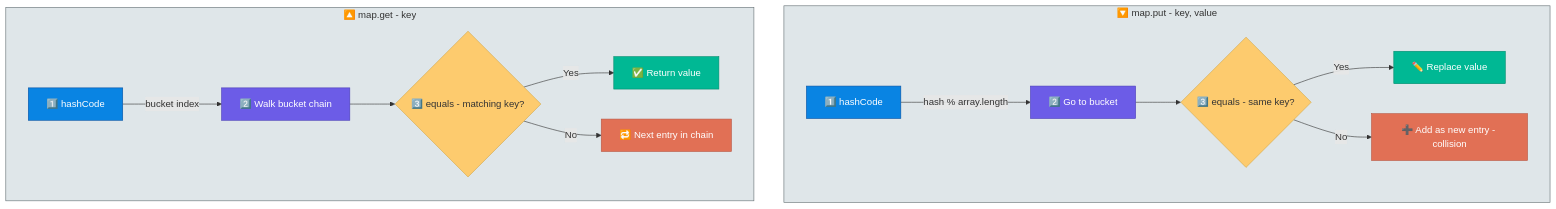
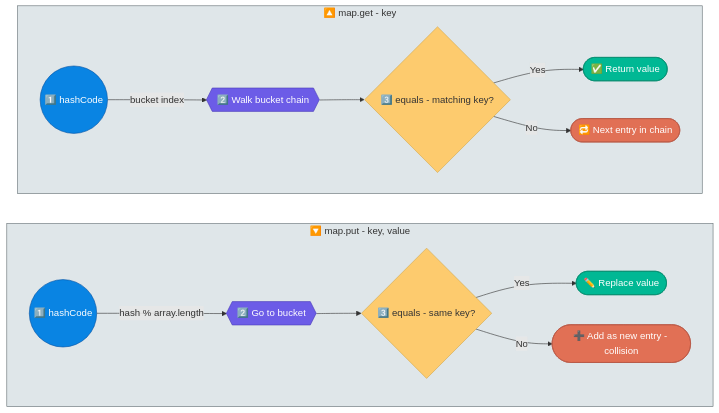
One commit to saivamsikaruturi/vamsilabs-dev-notes-main changed the second of 2 diagrams in docs/java/EqualsHashCode.md. Above: the diagram before and after it, drawn with Mermaid. The commit also changed other lines of this file and 146 other files, not shown here.

Commit message:
Horizontal diagrams, UML class diagrams, typography overhaul, and permalink cleanup

````diff
--- a/docs/java/EqualsHashCode.md
+++ b/docs/java/EqualsHashCode.md
@@ -100,29 +100,31 @@
 ```mermaid
-graph TD
+flowchart LR
     subgraph PUT["🔽 map.put - key, value"]
-        P1["1️⃣ hashCode"] -->|"hash % array.length"| P2["2️⃣ Go to bucket"]
+        direction LR
+        P1(("1️⃣ hashCode")) -->|"hash % array.length"| P2{{"2️⃣ Go to bucket"}}
         P2 --> P3{"3️⃣ equals - same key?"}
-        P3 -->|Yes| P4["✏️ Replace value"]
-        P3 -->|No| P5["➕ Add as new entry - collision"]
+        P3 -->|Yes| P4(["✏️ Replace value"])
+        P3 -->|No| P5(["➕ Add as new entry - collision"])
     end
 
     subgraph GET["🔼 map.get - key"]
-        G1["1️⃣ hashCode"] -->|"bucket index"| G2["2️⃣ Walk bucket chain"]
+        direction LR
+        G1(("1️⃣ hashCode")) -->|"bucket index"| G2{{"2️⃣ Walk bucket chain"}}
         G2 --> G3{"3️⃣ equals - matching key?"}
-        G3 -->|Yes| G4["✅ Return value"]
-        G3 -->|No| G5["🔁 Next entry in chain"]
+        G3 -->|Yes| G4(["✅ Return value"])
+        G3 -->|No| G5(["🔁 Next entry in chain"])
     end
 
     style PUT fill:#dfe6e9,stroke:#636e72,color:#333
     style GET fill:#dfe6e9,stroke:#636e72,color:#333
     style P1 fill:#0984e3,stroke:#0652a3,color:#fff
     style P2 fill:#6c5ce7,stroke:#4a3db8,color:#fff
     style P3 fill:#fdcb6e,stroke:#d4a84b,color:#333
     style P4 fill:#00b894,stroke:#008c6e,color:#fff
     style P5 fill:#e17055,stroke:#b85643,color:#fff
     style G1 fill:#0984e3,stroke:#0652a3,color:#fff
     style G2 fill:#6c5ce7,stroke:#4a3db8,color:#fff
     style G3 fill:#fdcb6e,stroke:#d4a84b,color:#333
     style G4 fill:#00b894,stroke:#008c6e,color:#fff
     style G5 fill:#e17055,stroke:#b85643,color:#fff
 ```
````
